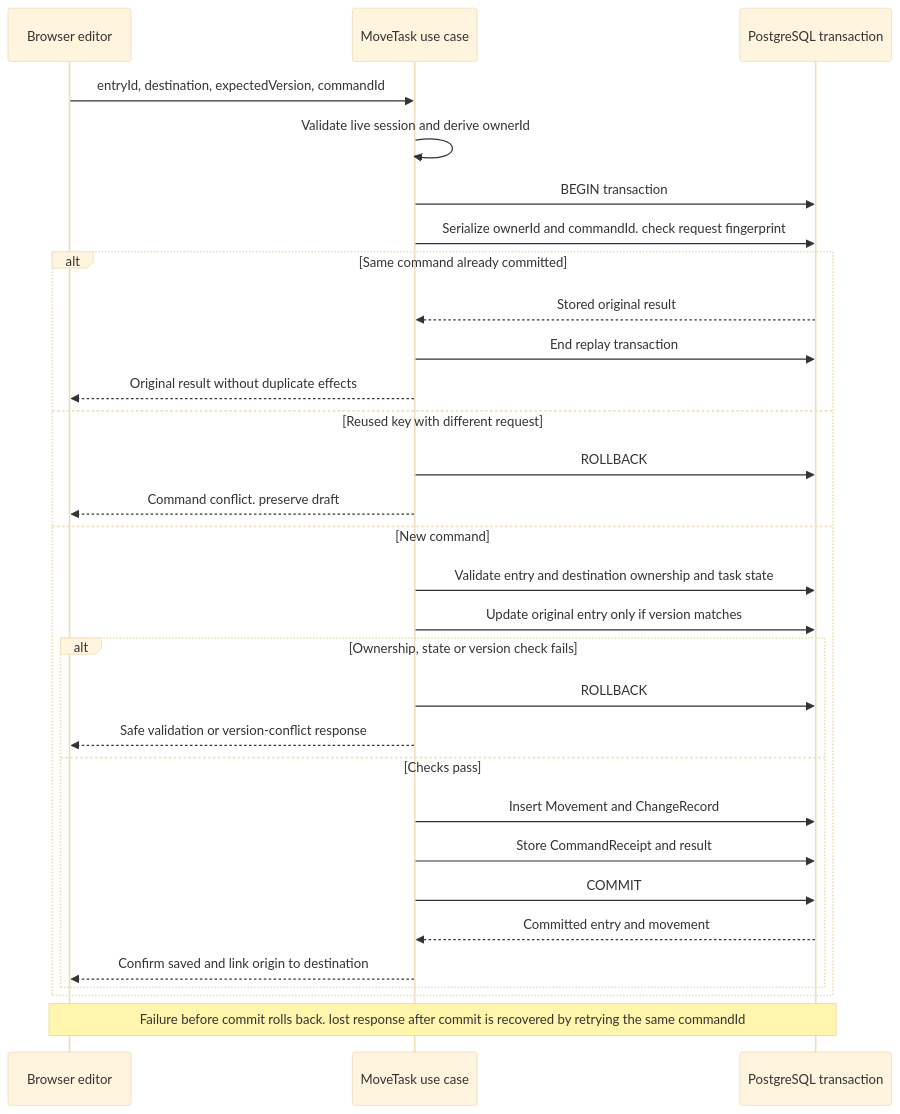
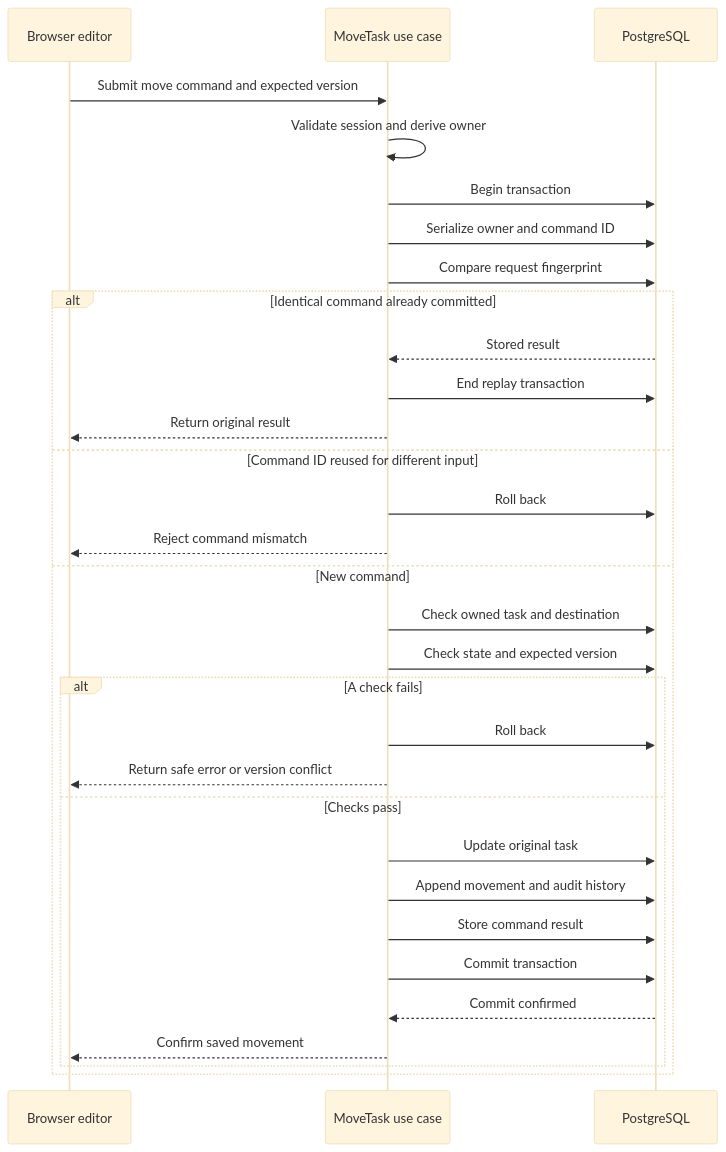
Before and after one commit to walter-gomez-wizeline/my_goals: the fourth of 5 diagrams in specs/11-architecture-diagrams.md, drawn with Mermaid (base theme). The commit also changed other lines of this file and 12 other files, not shown here.

Commit message:
docs: specify first journal flow, wireframes, and execution backlog

````diff
--- a/specs/11-architecture-diagrams.md
+++ b/specs/11-architecture-diagrams.md
@@ -111,32 +113,33 @@
 ```mermaid
 sequenceDiagram
     participant UI as Browser editor
     participant App as MoveTask use case
-    participant DB as PostgreSQL transaction
-    UI->>App: entryId, destination, expectedVersion, commandId
-    App->>App: Validate live session and derive ownerId
-    App->>DB: BEGIN transaction
-    App->>DB: Serialize ownerId and commandId. check request fingerprint
-    alt Same command already committed
-        DB-->>App: Stored original result
+    participant DB as PostgreSQL
+    UI->>App: Submit move command and expected version
+    App->>App: Validate session and derive owner
+    App->>DB: Begin transaction
+    App->>DB: Serialize owner and command ID
+    App->>DB: Compare request fingerprint
+    alt Identical command already committed
+        DB-->>App: Stored result
         App->>DB: End replay transaction
-        App-->>UI: Original result without duplicate effects
-    else Reused key with different request
-        App->>DB: ROLLBACK
-        App-->>UI: Command conflict. preserve draft
+        App-->>UI: Return original result
+    else Command ID reused for different input
+        App->>DB: Roll back
+        App-->>UI: Reject command mismatch
     else New command
-        App->>DB: Validate entry and destination ownership and task state
-        App->>DB: Update original entry only if version matches
-        alt Ownership, state or version check fails
-            App->>DB: ROLLBACK
-            App-->>UI: Safe validation or version-conflict response
+        App->>DB: Check owned task and destination
+        App->>DB: Check state and expected version
+        alt A check fails
+            App->>DB: Roll back
+            App-->>UI: Return safe error or version conflict
         else Checks pass
-            App->>DB: Insert Movement and ChangeRecord
-            App->>DB: Store CommandReceipt and result
-            App->>DB: COMMIT
-            DB-->>App: Committed entry and movement
-            App-->>UI: Confirm saved and link origin to destination
+            App->>DB: Update original task
+            App->>DB: Append movement and audit history
+            App->>DB: Store command result
+            App->>DB: Commit transaction
+            DB-->>App: Commit confirmed
+            App-->>UI: Confirm saved movement
         end
     end
-    Note over UI,DB: Failure before commit rolls back. lost response after commit is recovered by retrying the same commandId
 ```
````
